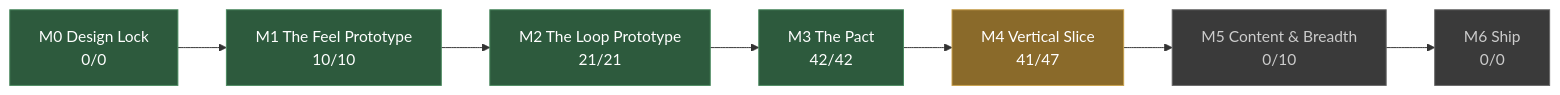
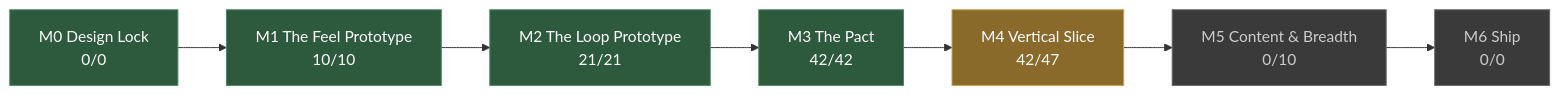
The diagram in docs/STATUS.md (JoshuaGessner/she), drawn with Mermaid before and after one commit. The commit also changed other lines of this file and 13 other files, not shown here.

````diff
--- a/docs/STATUS.md
+++ b/docs/STATUS.md
@@ -13,19 +13,19 @@
 ```mermaid
 flowchart LR
   M0["M0 Design Lock<br/>0/0"]:::passed
   M1["M1 The Feel Prototype<br/>10/10"]:::passed
   M0 --> M1
   M2["M2 The Loop Prototype<br/>21/21"]:::passed
   M1 --> M2
   M3["M3 The Pact<br/>42/42"]:::passed
   M2 --> M3
-  M4["M4 Vertical Slice<br/>41/47"]:::current
+  M4["M4 Vertical Slice<br/>42/47"]:::current
   M3 --> M4
   M5["M5 Content & Breadth<br/>0/10"]:::ahead
   M4 --> M5
   M6["M6 Ship<br/>0/0"]:::ahead
   M5 --> M6
   classDef passed fill:#2d5a3d,stroke:#4a8a5f,color:#fff
   classDef current fill:#8a6a2a,stroke:#c8a04a,color:#fff
   classDef ahead fill:#3a3a3a,stroke:#666,color:#ccc
 ```
````
